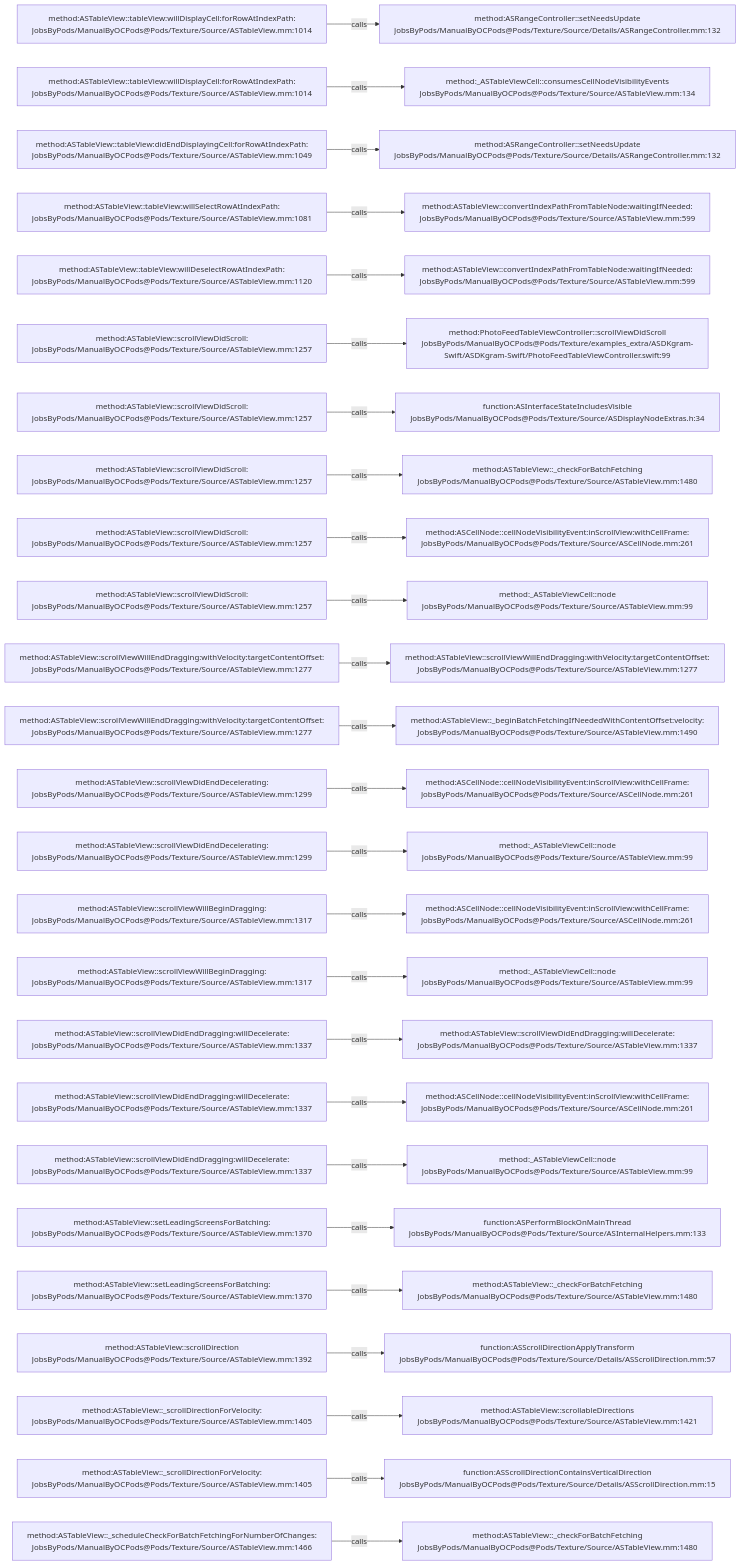
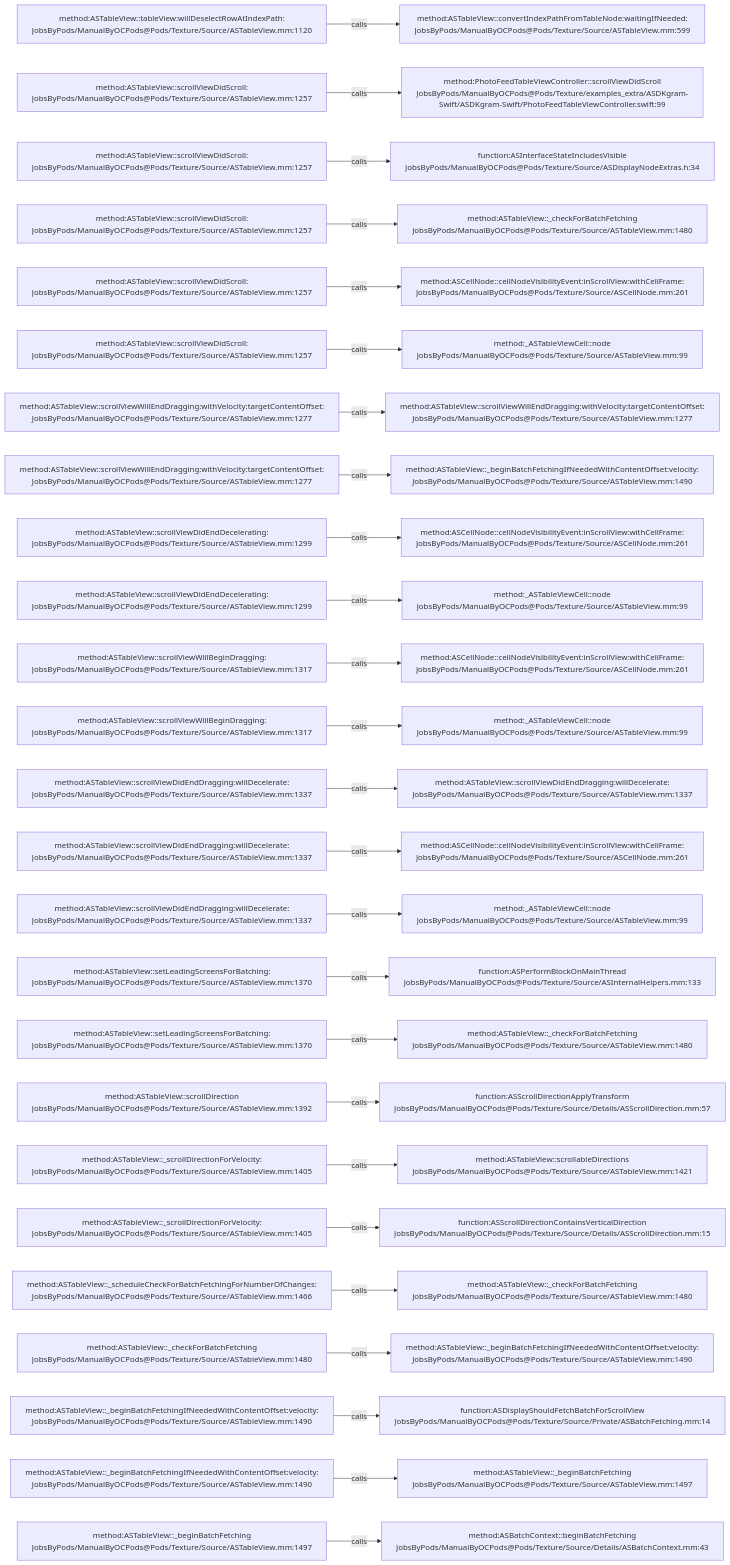
The diagram in .codegraph/codegraph.md/graphs/calls-127.md (JobsKits/JobsOCBaseConfigDemo), drawn with Mermaid before and after one commit. The commit also changed 727 other files, not shown here.

````diff
--- a/.codegraph/codegraph.md/graphs/calls-127.md
+++ b/.codegraph/codegraph.md/graphs/calls-127.md
@@ -13,78 +13,78 @@
 ```mermaid
 flowchart LR
-  S1["method:ASTableView::tableView:willDisplayCell:forRowAtIndexPath:<br/>JobsByPods/ManualByOCPods@Pods/Texture/Source/ASTableView.mm:1014"]
-  T1["method:ASRangeController::setNeedsUpdate<br/>JobsByPods/ManualByOCPods@Pods/Texture/Source/Details/ASRangeController.mm:132"]
+  S1["method:ASTableView::tableView:willDeselectRowAtIndexPath:<br/>JobsByPods/ManualByOCPods@Pods/Texture/Source/ASTableView.mm:1120"]
+  T1["method:ASTableView::convertIndexPathFromTableNode:waitingIfNeeded:<br/>JobsByPods/ManualByOCPods@Pods/Texture/Source/ASTableView.mm:599"]
   S1 -->|calls| T1
-  S2["method:ASTableView::tableView:willDisplayCell:forRowAtIndexPath:<br/>JobsByPods/ManualByOCPods@Pods/Texture/Source/ASTableView.mm:1014"]
-  T2["method:_ASTableViewCell::consumesCellNodeVisibilityEvents<br/>JobsByPods/ManualByOCPods@Pods/Texture/Source/ASTableView.mm:134"]
+  S2["method:ASTableView::scrollViewDidScroll:<br/>JobsByPods/ManualByOCPods@Pods/Texture/Source/ASTableView.mm:1257"]
+  T2["method:PhotoFeedTableViewController::scrollViewDidScroll<br/>JobsByPods/ManualByOCPods@Pods/Texture/examples_extra/ASDKgram-Swift/ASDKgram-Swift/PhotoFeedTableViewController.swift:99"]
   S2 -->|calls| T2
-  S3["method:ASTableView::tableView:didEndDisplayingCell:forRowAtIndexPath:<br/>JobsByPods/ManualByOCPods@Pods/Texture/Source/ASTableView.mm:1049"]
-  T3["method:ASRangeController::setNeedsUpdate<br/>JobsByPods/ManualByOCPods@Pods/Texture/Source/Details/ASRangeController.mm:132"]
+  S3["method:ASTableView::scrollViewDidScroll:<br/>JobsByPods/ManualByOCPods@Pods/Texture/Source/ASTableView.mm:1257"]
+  T3["function:ASInterfaceStateIncludesVisible<br/>JobsByPods/ManualByOCPods@Pods/Texture/Source/ASDisplayNodeExtras.h:34"]
   S3 -->|calls| T3
-  S4["method:ASTableView::tableView:willSelectRowAtIndexPath:<br/>JobsByPods/ManualByOCPods@Pods/Texture/Source/ASTableView.mm:1081"]
-  T4["method:ASTableView::convertIndexPathFromTableNode:waitingIfNeeded:<br/>JobsByPods/ManualByOCPods@Pods/Texture/Source/ASTableView.mm:599"]
+  S4["method:ASTableView::scrollViewDidScroll:<br/>JobsByPods/ManualByOCPods@Pods/Texture/Source/ASTableView.mm:1257"]
+  T4["method:ASTableView::_checkForBatchFetching<br/>JobsByPods/ManualByOCPods@Pods/Texture/Source/ASTableView.mm:1480"]
   S4 -->|calls| T4
-  S5["method:ASTableView::tableView:willDeselectRowAtIndexPath:<br/>JobsByPods/ManualByOCPods@Pods/Texture/Source/ASTableView.mm:1120"]
-  T5["method:ASTableView::convertIndexPathFromTableNode:waitingIfNeeded:<br/>JobsByPods/ManualByOCPods@Pods/Texture/Source/ASTableView.mm:599"]
+  S5["method:ASTableView::scrollViewDidScroll:<br/>JobsByPods/ManualByOCPods@Pods/Texture/Source/ASTableView.mm:1257"]
+  T5["method:ASCellNode::cellNodeVisibilityEvent:inScrollView:withCellFrame:<br/>JobsByPods/ManualByOCPods@Pods/Texture/Source/ASCellNode.mm:261"]
   S5 -->|calls| T5
   S6["method:ASTableView::scrollViewDidScroll:<br/>JobsByPods/ManualByOCPods@Pods/Texture/Source/ASTableView.mm:1257"]
-  T6["method:PhotoFeedTableViewController::scrollViewDidScroll<br/>JobsByPods/ManualByOCPods@Pods/Texture/examples_extra/ASDKgram-Swift/ASDKgram-Swift/PhotoFeedTableViewController.swift:99"]
+  T6["method:_ASTableViewCell::node<br/>JobsByPods/ManualByOCPods@Pods/Texture/Source/ASTableView.mm:99"]
   S6 -->|calls| T6
-  S7["method:ASTableView::scrollViewDidScroll:<br/>JobsByPods/ManualByOCPods@Pods/Texture/Source/ASTableView.mm:1257"]
-  T7["function:ASInterfaceStateIncludesVisible<br/>JobsByPods/ManualByOCPods@Pods/Texture/Source/ASDisplayNodeExtras.h:34"]
+  S7["method:ASTableView::scrollViewWillEndDragging:withVelocity:targetContentOffset:<br/>JobsByPods/ManualByOCPods@Pods/Texture/Source/ASTableView.mm:1277"]
+  T7["method:ASTableView::scrollViewWillEndDragging:withVelocity:targetContentOffset:<br/>JobsByPods/ManualByOCPods@Pods/Texture/Source/ASTableView.mm:1277"]
   S7 -->|calls| T7
-  S8["method:ASTableView::scrollViewDidScroll:<br/>JobsByPods/ManualByOCPods@Pods/Texture/Source/ASTableView.mm:1257"]
-  T8["method:ASTableView::_checkForBatchFetching<br/>JobsByPods/ManualByOCPods@Pods/Texture/Source/ASTableView.mm:1480"]
+  S8["method:ASTableView::scrollViewWillEndDragging:withVelocity:targetContentOffset:<br/>JobsByPods/ManualByOCPods@Pods/Texture/Source/ASTableView.mm:1277"]
+  T8["method:ASTableView::_beginBatchFetchingIfNeededWithContentOffset:velocity:<br/>JobsByPods/ManualByOCPods@Pods/Texture/Source/ASTableView.mm:1490"]
   S8 -->|calls| T8
-  S9["method:ASTableView::scrollViewDidScroll:<br/>JobsByPods/ManualByOCPods@Pods/Texture/Source/ASTableView.mm:1257"]
+  S9["method:ASTableView::scrollViewDidEndDecelerating:<br/>JobsByPods/ManualByOCPods@Pods/Texture/Source/ASTableView.mm:1299"]
   T9["method:ASCellNode::cellNodeVisibilityEvent:inScrollView:withCellFrame:<br/>JobsByPods/ManualByOCPods@Pods/Texture/Source/ASCellNode.mm:261"]
   S9 -->|calls| T9
-  S10["method:ASTableView::scrollViewDidScroll:<br/>JobsByPods/ManualByOCPods@Pods/Texture/Source/ASTableView.mm:1257"]
+  S10["method:ASTableView::scrollViewDidEndDecelerating:<br/>JobsByPods/ManualByOCPods@Pods/Texture/Source/ASTableView.mm:1299"]
   T10["method:_ASTableViewCell::node<br/>JobsByPods/ManualByOCPods@Pods/Texture/Source/ASTableView.mm:99"]
   S10 -->|calls| T10
-  S11["method:ASTableView::scrollViewWillEndDragging:withVelocity:targetContentOffset:<br/>JobsByPods/ManualByOCPods@Pods/Texture/Source/ASTableView.mm:1277"]
-  T11["method:ASTableView::scrollViewWillEndDragging:withVelocity:targetContentOffset:<br/>JobsByPods/ManualByOCPods@Pods/Texture/Source/ASTableView.mm:1277"]
+  S11["method:ASTableView::scrollViewWillBeginDragging:<br/>JobsByPods/ManualByOCPods@Pods/Texture/Source/ASTableView.mm:1317"]
+  T11["method:ASCellNode::cellNodeVisibilityEvent:inScrollView:withCellFrame:<br/>JobsByPods/ManualByOCPods@Pods/Texture/Source/ASCellNode.mm:261"]
   S11 -->|calls| T11
-  S12["method:ASTableView::scrollViewWillEndDragging:withVelocity:targetContentOffset:<br/>JobsByPods/ManualByOCPods@Pods/Texture/Source/ASTableView.mm:1277"]
-  T12["method:ASTableView::_beginBatchFetchingIfNeededWithContentOffset:velocity:<br/>JobsByPods/ManualByOCPods@Pods/Texture/Source/ASTableView.mm:1490"]
+  S12["method:ASTableView::scrollViewWillBeginDragging:<br/>JobsByPods/ManualByOCPods@Pods/Texture/Source/ASTableView.mm:1317"]
+  T12["method:_ASTableViewCell::node<br/>JobsByPods/ManualByOCPods@Pods/Texture/Source/ASTableView.mm:99"]
   S12 -->|calls| T12
-  S13["method:ASTableView::scrollViewDidEndDecelerating:<br/>JobsByPods/ManualByOCPods@Pods/Texture/Source/ASTableView.mm:1299"]
-  T13["method:ASCellNode::cellNodeVisibilityEvent:inScrollView:withCellFrame:<br/>JobsByPods/ManualByOCPods@Pods/Texture/Source/ASCellNode.mm:261"]
+  S13["method:ASTableView::scrollViewDidEndDragging:willDecelerate:<br/>JobsByPods/ManualByOCPods@Pods/Texture/Source/ASTableView.mm:1337"]
+  T13["method:ASTableView::scrollViewDidEndDragging:willDecelerate:<br/>JobsByPods/ManualByOCPods@Pods/Texture/Source/ASTableView.mm:1337"]
   S13 -->|calls| T13
-  S14["method:ASTableView::scrollViewDidEndDecelerating:<br/>JobsByPods/ManualByOCPods@Pods/Texture/Source/ASTableView.mm:1299"]
-  T14["method:_ASTableViewCell::node<br/>JobsByPods/ManualByOCPods@Pods/Texture/Source/ASTableView.mm:99"]
+  S14["method:ASTableView::scrollViewDidEndDragging:willDecelerate:<br/>JobsByPods/ManualByOCPods@Pods/Texture/Source/ASTableView.mm:1337"]
+  T14["method:ASCellNode::cellNodeVisibilityEvent:inScrollView:withCellFrame:<br/>JobsByPods/ManualByOCPods@Pods/Texture/Source/ASCellNode.mm:261"]
   S14 -->|calls| T14
-  S15["method:ASTableView::scrollViewWillBeginDragging:<br/>JobsByPods/ManualByOCPods@Pods/Texture/Source/ASTableView.mm:1317"]
-  T15["method:ASCellNode::cellNodeVisibilityEvent:inScrollView:withCellFrame:<br/>JobsByPods/ManualByOCPods@Pods/Texture/Source/ASCellNode.mm:261"]
+  S15["method:ASTableView::scrollViewDidEndDragging:willDecelerate:<br/>JobsByPods/ManualByOCPods@Pods/Texture/Source/ASTableView.mm:1337"]
+  T15["method:_ASTableViewCell::node<br/>JobsByPods/ManualByOCPods@Pods/Texture/Source/ASTableView.mm:99"]
   S15 -->|calls| T15
-  S16["method:ASTableView::scrollViewWillBeginDragging:<br/>JobsByPods/ManualByOCPods@Pods/Texture/Source/ASTableView.mm:1317"]
-  T16["method:_ASTableViewCell::node<br/>JobsByPods/ManualByOCPods@Pods/Texture/Source/ASTableView.mm:99"]
+  S16["method:ASTableView::setLeadingScreensForBatching:<br/>JobsByPods/ManualByOCPods@Pods/Texture/Source/ASTableView.mm:1370"]
+  T16["function:ASPerformBlockOnMainThread<br/>JobsByPods/ManualByOCPods@Pods/Texture/Source/ASInternalHelpers.mm:133"]
   S16 -->|calls| T16
-  S17["method:ASTableView::scrollViewDidEndDragging:willDecelerate:<br/>JobsByPods/ManualByOCPods@Pods/Texture/Source/ASTableView.mm:1337"]
-  T17["method:ASTableView::scrollViewDidEndDragging:willDecelerate:<br/>JobsByPods/ManualByOCPods@Pods/Texture/Source/ASTableView.mm:1337"]
+  S17["method:ASTableView::setLeadingScreensForBatching:<br/>JobsByPods/ManualByOCPods@Pods/Texture/Source/ASTableView.mm:1370"]
+  T17["method:ASTableView::_checkForBatchFetching<br/>JobsByPods/ManualByOCPods@Pods/Texture/Source/ASTableView.mm:1480"]
   S17 -->|calls| T17
-  S18["method:ASTableView::scrollViewDidEndDragging:willDecelerate:<br/>JobsByPods/ManualByOCPods@Pods/Texture/Source/ASTableView.mm:1337"]
-  T18["method:ASCellNode::cellNodeVisibilityEvent:inScrollView:withCellFrame:<br/>JobsByPods/ManualByOCPods@Pods/Texture/Source/ASCellNode.mm:261"]
+  S18["method:ASTableView::scrollDirection<br/>JobsByPods/ManualByOCPods@Pods/Texture/Source/ASTableView.mm:1392"]
+  T18["function:ASScrollDirectionApplyTransform<br/>JobsByPods/ManualByOCPods@Pods/Texture/Source/Details/ASScrollDirection.mm:57"]
   S18 -->|calls| T18
-  S19["method:ASTableView::scrollViewDidEndDragging:willDecelerate:<br/>JobsByPods/ManualByOCPods@Pods/Texture/Source/ASTableView.mm:1337"]
-  T19["method:_ASTableViewCell::node<br/>JobsByPods/ManualByOCPods@Pods/Texture/Source/ASTableView.mm:99"]
+  S19["method:ASTableView::_scrollDirectionForVelocity:<br/>JobsByPods/ManualByOCPods@Pods/Texture/Source/ASTableView.mm:1405"]
+  T19["method:ASTableView::scrollableDirections<br/>JobsByPods/ManualByOCPods@Pods/Texture/Source/ASTableView.mm:1421"]
   S19 -->|calls| T19
-  S20["method:ASTableView::setLeadingScreensForBatching:<br/>JobsByPods/ManualByOCPods@Pods/Texture/Source/ASTableView.mm:1370"]
-  T20["function:ASPerformBlockOnMainThread<br/>JobsByPods/ManualByOCPods@Pods/Texture/Source/ASInternalHelpers.mm:133"]
+  S20["method:ASTableView::_scrollDirectionForVelocity:<br/>JobsByPods/ManualByOCPods@Pods/Texture/Source/ASTableView.mm:1405"]
+  T20["function:ASScrollDirectionContainsVerticalDirection<br/>JobsByPods/ManualByOCPods@Pods/Texture/Source/Details/ASScrollDirection.mm:15"]
   S20 -->|calls| T20
-  S21["method:ASTableView::setLeadingScreensForBatching:<br/>JobsByPods/ManualByOCPods@Pods/Texture/Source/ASTableView.mm:1370"]
+  S21["method:ASTableView::_scheduleCheckForBatchFetchingForNumberOfChanges:<br/>JobsByPods/ManualByOCPods@Pods/Texture/Source/ASTableView.mm:1466"]
   T21["method:ASTableView::_checkForBatchFetching<br/>JobsByPods/ManualByOCPods@Pods/Texture/Source/ASTableView.mm:1480"]
   S21 -->|calls| T21
-  S22["method:ASTableView::scrollDirection<br/>JobsByPods/ManualByOCPods@Pods/Texture/Source/ASTableView.mm:1392"]
-  T22["function:ASScrollDirectionApplyTransform<br/>JobsByPods/ManualByOCPods@Pods/Texture/Source/Details/ASScrollDirection.mm:57"]
+  S22["method:ASTableView::_checkForBatchFetching<br/>JobsByPods/ManualByOCPods@Pods/Texture/Source/ASTableView.mm:1480"]
+  T22["method:ASTableView::_beginBatchFetchingIfNeededWithContentOffset:velocity:<br/>JobsByPods/ManualByOCPods@Pods/Texture/Source/ASTableView.mm:1490"]
   S22 -->|calls| T22
-  S23["method:ASTableView::_scrollDirectionForVelocity:<br/>JobsByPods/ManualByOCPods@Pods/Texture/Source/ASTableView.mm:1405"]
-  T23["method:ASTableView::scrollableDirections<br/>JobsByPods/ManualByOCPods@Pods/Texture/Source/ASTableView.mm:1421"]
+  S23["method:ASTableView::_beginBatchFetchingIfNeededWithContentOffset:velocity:<br/>JobsByPods/ManualByOCPods@Pods/Texture/Source/ASTableView.mm:1490"]
+  T23["function:ASDisplayShouldFetchBatchForScrollView<br/>JobsByPods/ManualByOCPods@Pods/Texture/Source/Private/ASBatchFetching.mm:14"]
   S23 -->|calls| T23
-  S24["method:ASTableView::_scrollDirectionForVelocity:<br/>JobsByPods/ManualByOCPods@Pods/Texture/Source/ASTableView.mm:1405"]
-  T24["function:ASScrollDirectionContainsVerticalDirection<br/>JobsByPods/ManualByOCPods@Pods/Texture/Source/Details/ASScrollDirection.mm:15"]
+  S24["method:ASTableView::_beginBatchFetchingIfNeededWithContentOffset:velocity:<br/>JobsByPods/ManualByOCPods@Pods/Texture/Source/ASTableView.mm:1490"]
+  T24["method:ASTableView::_beginBatchFetching<br/>JobsByPods/ManualByOCPods@Pods/Texture/Source/ASTableView.mm:1497"]
   S24 -->|calls| T24
-  S25["method:ASTableView::_scheduleCheckForBatchFetchingForNumberOfChanges:<br/>JobsByPods/ManualByOCPods@Pods/Texture/Source/ASTableView.mm:1466"]
-  T25["method:ASTableView::_checkForBatchFetching<br/>JobsByPods/ManualByOCPods@Pods/Texture/Source/ASTableView.mm:1480"]
+  S25["method:ASTableView::_beginBatchFetching<br/>JobsByPods/ManualByOCPods@Pods/Texture/Source/ASTableView.mm:1497"]
+  T25["method:ASBatchContext::beginBatchFetching<br/>JobsByPods/ManualByOCPods@Pods/Texture/Source/Details/ASBatchContext.mm:43"]
   S25 -->|calls| T25
 ```
````
